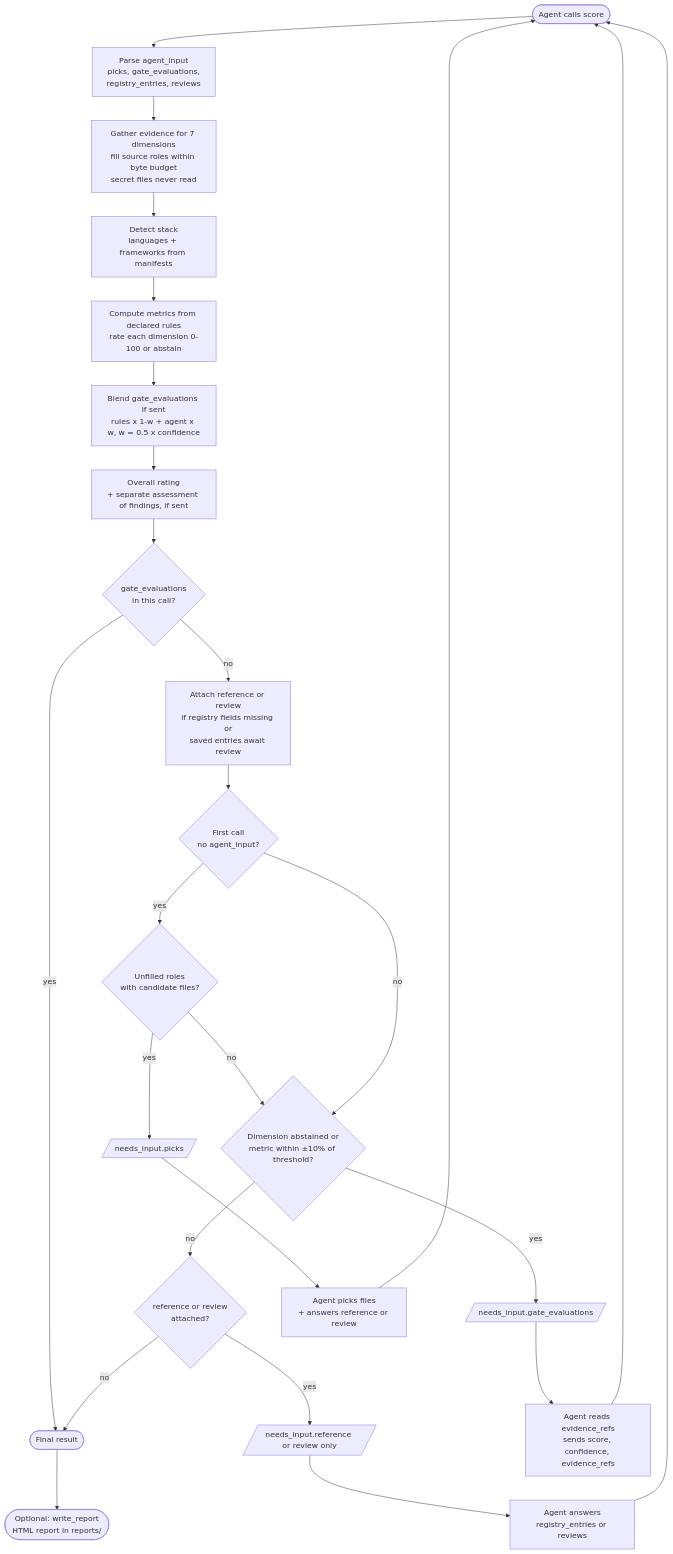
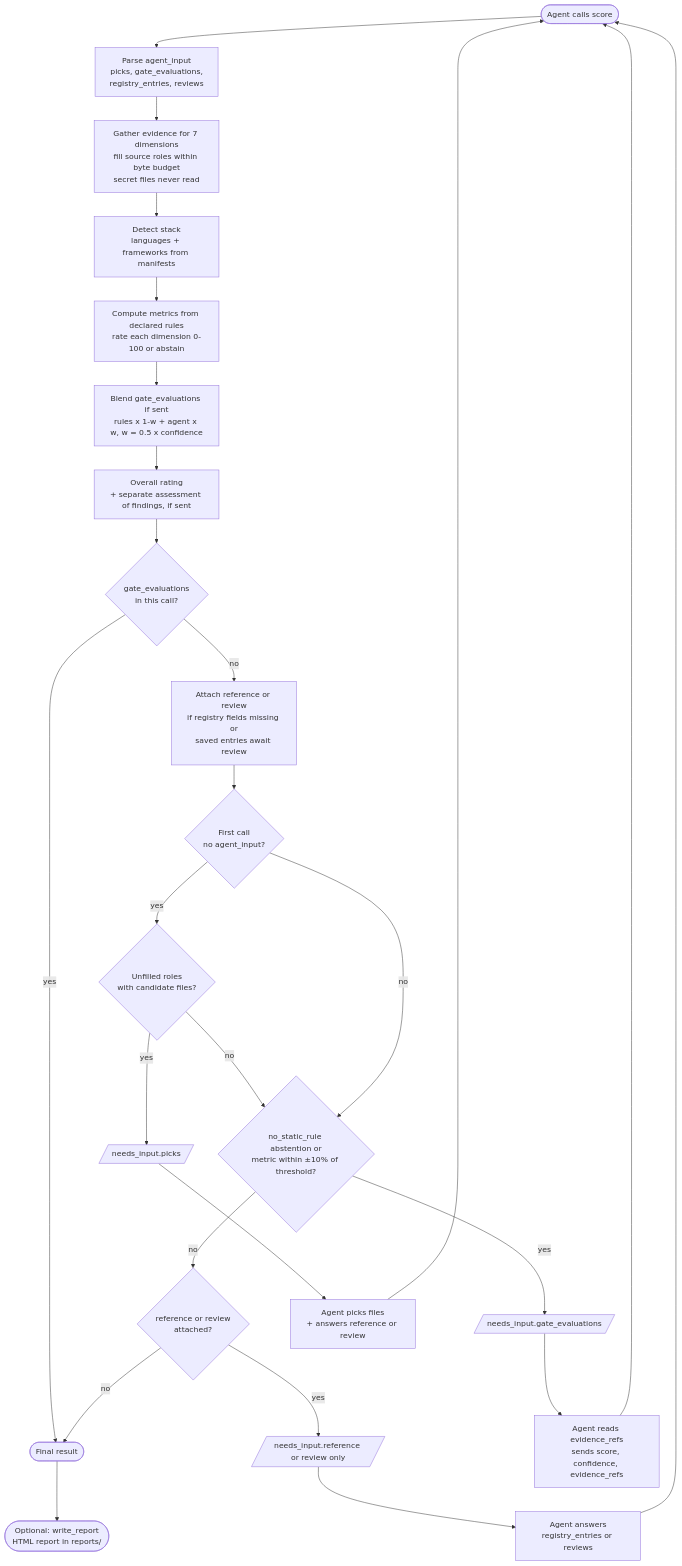
One commit to thunderkds/easy-verifier-mcp changed the diagram in docs/SCORING_FLOW.md. Above: the diagram before and after it, drawn with Mermaid. The commit also changed other lines of this file and 2 other files, not shown here.

````diff
--- a/docs/SCORING_FLOW.md
+++ b/docs/SCORING_FLOW.md
@@ -14,28 +14,28 @@
 ```mermaid
 flowchart TD
     A([Agent calls score]) --> B[Parse agent_input<br/>picks, gate_evaluations,<br/>registry_entries, reviews]
     B --> C[Gather evidence for 7 dimensions<br/>fill source roles within byte budget<br/>secret files never read]
     C --> D[Detect stack<br/>languages + frameworks from manifests]
     D --> E[Compute metrics from declared rules<br/>rate each dimension 0-100 or abstain]
     E --> F[Blend gate_evaluations if sent<br/>rules x 1-w + agent x w, w = 0.5 x confidence]
     F --> G[Overall rating<br/>+ separate assessment of findings, if sent]
     G --> H{gate_evaluations<br/>in this call?}
     H -- yes --> Z([Final result])
     H -- no --> I[Attach reference or review<br/>if registry fields missing or<br/>saved entries await review]
     I --> J{First call<br/>no agent_input?}
     J -- yes --> K{Unfilled roles<br/>with candidate files?}
     K -- yes --> P[/needs_input.picks/]
     K -- no --> L
-    J -- no --> L{Dimension abstained or<br/>metric within ±10% of threshold?}
+    J -- no --> L{no_static_rule abstention or<br/>metric within ±10% of threshold?}
     L -- yes --> Q[/needs_input.gate_evaluations/]
     L -- no --> R{reference or review<br/>attached?}
     R -- yes --> S[/needs_input.reference or review only/]
     R -- no --> Z
     P --> T[Agent picks files<br/>+ answers reference or review]
     Q --> U[Agent reads evidence_refs<br/>sends score, confidence, evidence_refs]
     S --> V[Agent answers<br/>registry_entries or reviews]
     T --> A
     U --> A
     V --> A
     Z --> W([Optional: write_report<br/>HTML report in reports/])
 ```
````
